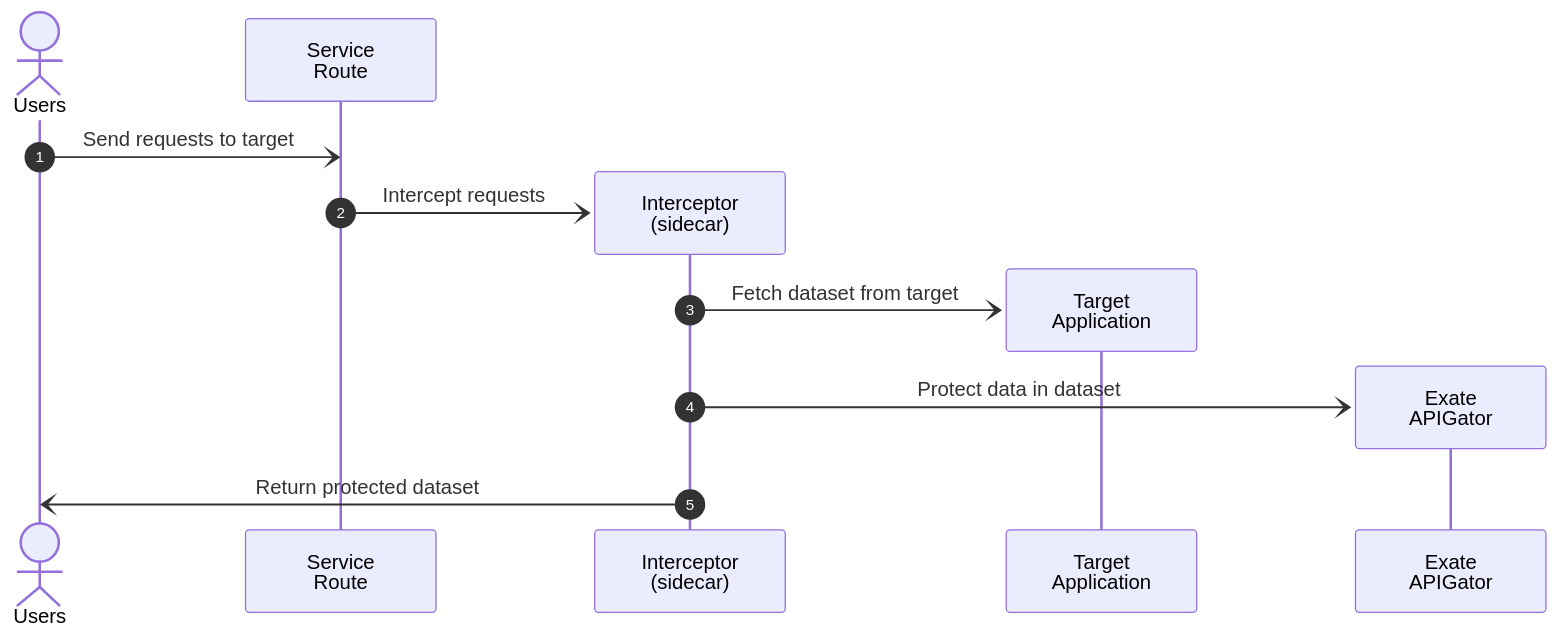
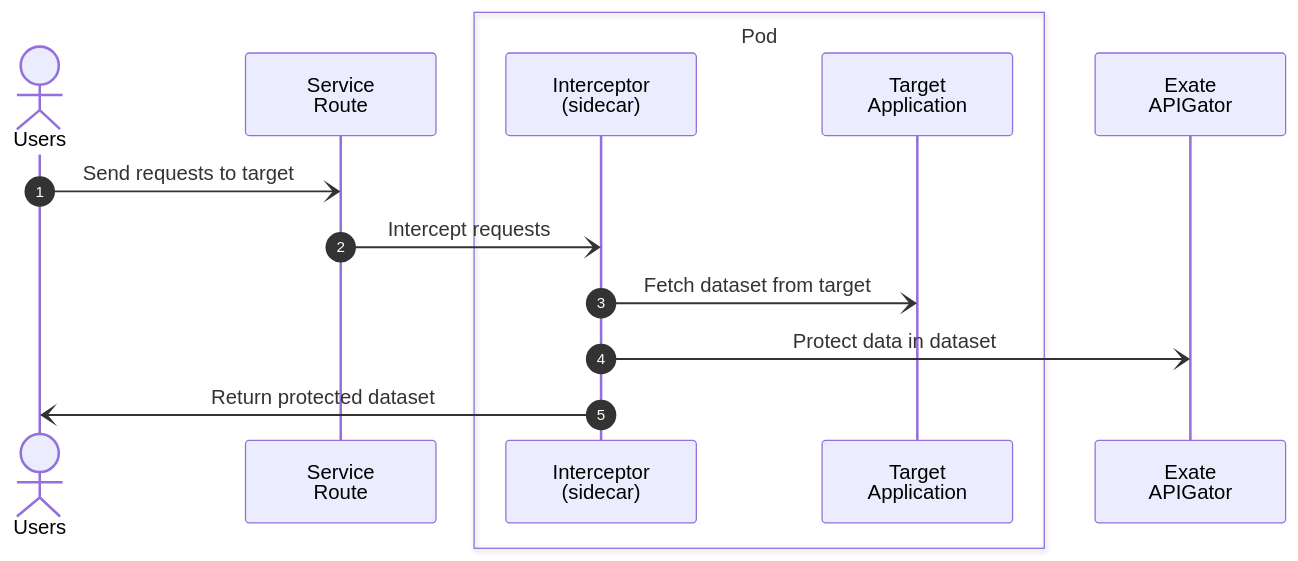
The diagram in README.md (RHEcosystemAppEng/exate-api-gator-interceptor), drawn with Mermaid before and after one commit.

Commit message:
docs: fix mermaid table, late participant declaration not working in gh

````diff
--- a/README.md
+++ b/README.md
@@ -6,14 +6,17 @@
 ```mermaid
 sequenceDiagram
     autonumber
     actor U as Users
     participant S as Service<br/>Route
+    box Pod
+        participant I as Interceptor<br/>(sidecar)
+        participant T as Target<br/>Application
+    end
+    participant G as Exate<br/>APIGator
+
     U-)S: Send requests to target
-    create participant I as Interceptor<br/>(sidecar)
     S-)I: Intercept requests
-    create participant T as Target<br/>Application
     I-)T: Fetch dataset from target
-    create participant G as Exate<br/>APIGator
     I-)G: Protect data in dataset
     I-)U: Return protected dataset
 ```
````
